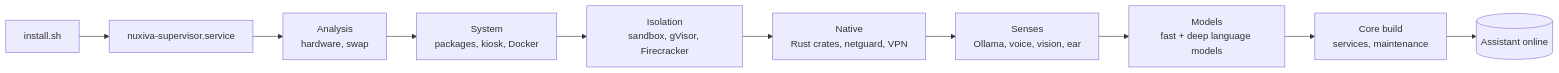
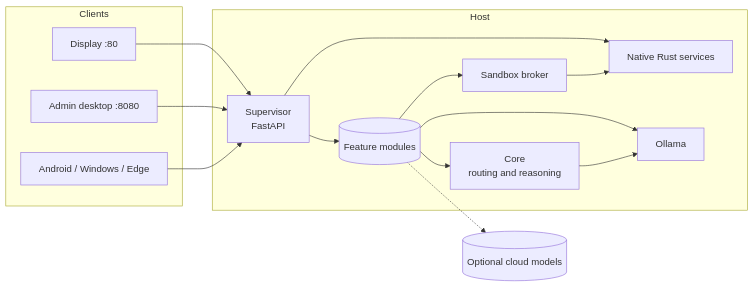
One commit to AprileNunzio/Nuxiva changed the first of 2 diagrams in README.md. Above: the diagram before and after it, drawn with Mermaid. The commit also changed other lines of this file and 7 other files, not shown here.

````diff
--- a/README.md
+++ b/README.md
@@ -73,12 +109,28 @@
 ```mermaid
 flowchart LR
-    A[install.sh] --> B[nuxiva-supervisor.service]
-    B --> C[Analysis<br/>hardware, swap]
-    C --> D[System<br/>packages, kiosk, Docker]
-    D --> E[Isolation<br/>sandbox, gVisor, Firecracker]
-    E --> F[Native<br/>Rust crates, netguard, VPN]
-    F --> G[Senses<br/>Ollama, voice, vision, ear]
-    G --> H[Models<br/>fast + deep language models]
-    H --> I[Core build<br/>services, maintenance]
-    I --> J[(Assistant online)]
+    subgraph Clients
+        D[Display :80]
+        W[Admin desktop :8080]
+        M[Android / Windows / Edge]
+    end
+    subgraph Host
+        S[Supervisor<br/>FastAPI]
+        F[(Feature modules)]
+        C[Core<br/>routing and reasoning]
+        N[Native Rust services]
+        X[Sandbox broker]
+        O[Ollama]
+    end
+    CL[(Optional cloud models)]
+    D --> S
+    W --> S
+    M --> S
+    S --> F
+    F --> C
+    F --> O
+    F -.-> CL
+    C --> O
+    F --> X
+    S --> N
+    X --> N
 ```
````
